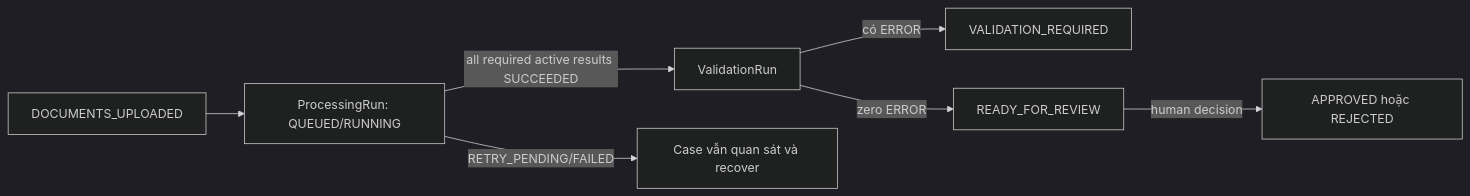
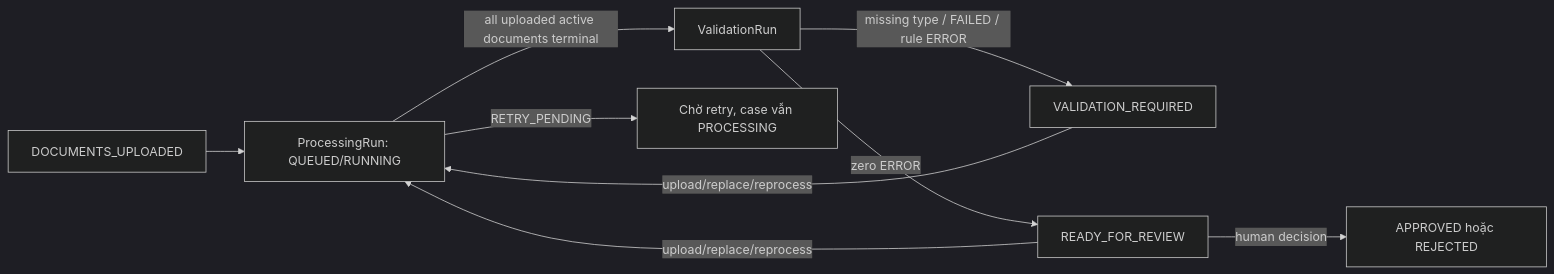
Before and after one commit to CodeDaoVietNam/AI-Engineer-Road-Map: the fourth of 4 diagrams in capstone/enterprise-document-agent/docs/data-model/state-machines.md, drawn with Mermaid (dark theme). The commit also changed other lines of this file and 5 other files, not shown here.

Commit message:
docs: close workflow architecture gaps

````diff
--- a/capstone/enterprise-document-agent/docs/data-model/state-machines.md
+++ b/capstone/enterprise-document-agent/docs/data-model/state-machines.md
@@ -154,9 +183,11 @@
 ```mermaid
 flowchart LR
     DU[DOCUMENTS_UPLOADED] --> PR[ProcessingRun: QUEUED/RUNNING]
-    PR -->|all required active results SUCCEEDED| VR[ValidationRun]
-    PR -->|RETRY_PENDING/FAILED| OBS[Case vẫn quan sát và recover]
-    VR -->|có ERROR| VREQ[VALIDATION_REQUIRED]
+    PR -->|all uploaded active documents terminal| VR[ValidationRun]
+    PR -->|RETRY_PENDING| OBS[Chờ retry, case vẫn PROCESSING]
+    VR -->|missing type / FAILED / rule ERROR| VREQ[VALIDATION_REQUIRED]
     VR -->|zero ERROR| READY[READY_FOR_REVIEW]
+    VREQ -->|upload/replace/reprocess| PR
+    READY -->|upload/replace/reprocess| PR
     READY -->|human decision| DEC[APPROVED hoặc REJECTED]
 ```
````
